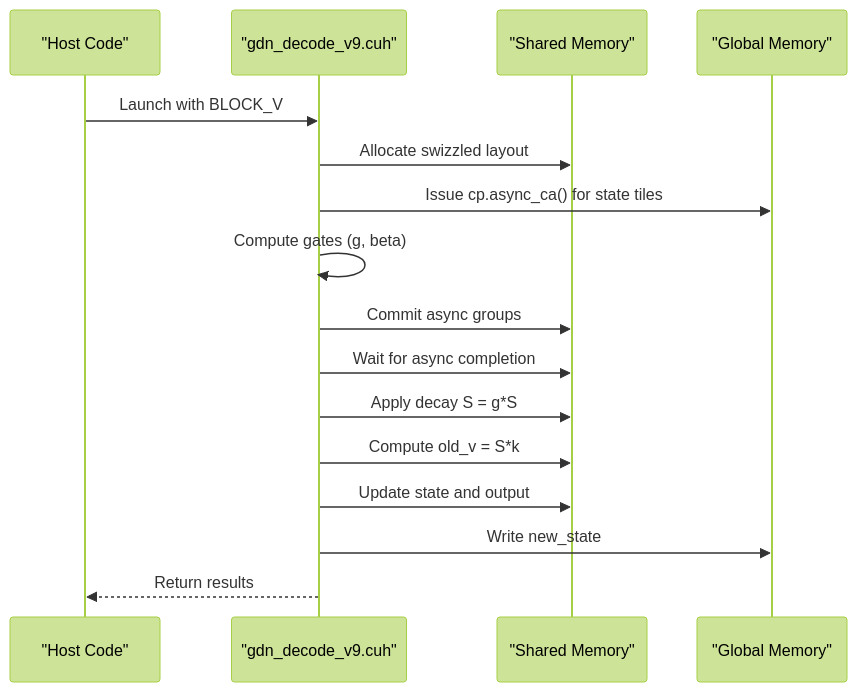
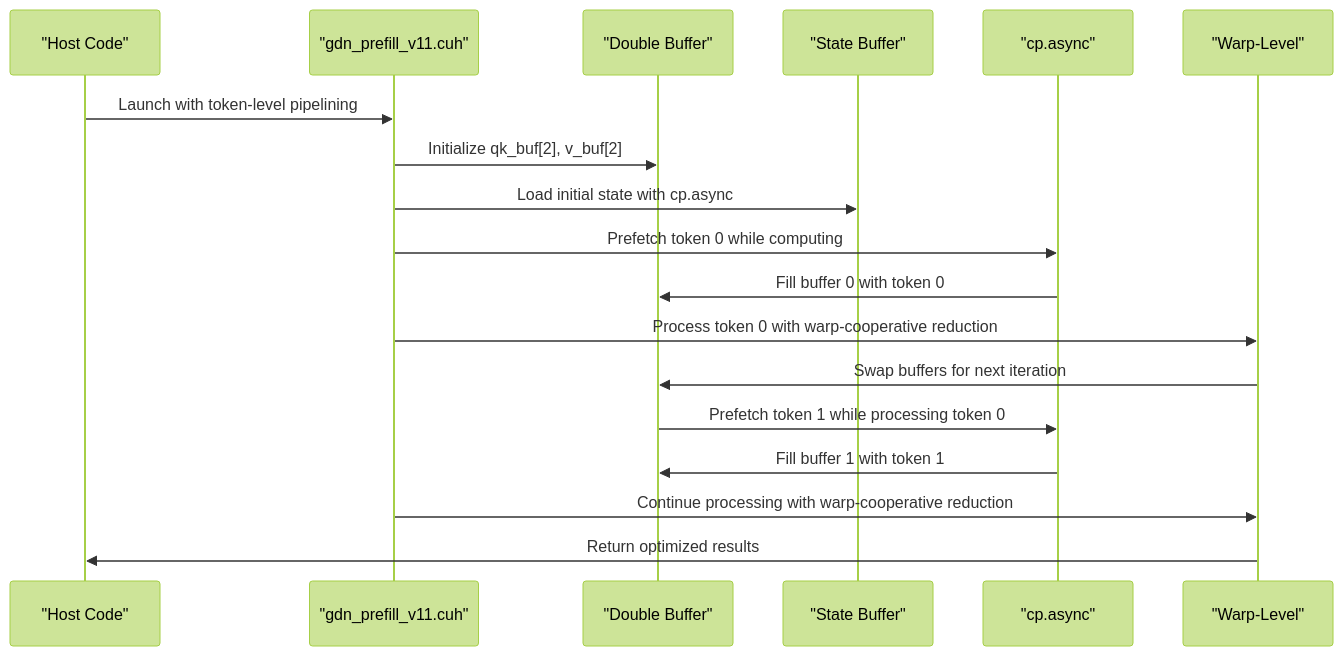
Before and after one commit to gugudeshubao/flashinfer-bench-tma-thrust: the third of 8 diagrams in .qoder/repowiki/en/content/Optimization Strategies/Optimization Tracking Log.md, drawn with Mermaid (forest theme). The commit also changed other lines of this file and 19 other files, not shown here.

````diff
--- a/.qoder/repowiki/en/content/Optimization Strategies/Optimization Tracking Log.md
+++ b/.qoder/repowiki/en/content/Optimization Strategies/Optimization Tracking Log.md
@@ -207,18 +207,20 @@
 ```mermaid
 sequenceDiagram
 participant Host as "Host Code"
-participant Kernel as "gdn_decode_v9.cuh"
-participant SMEM as "Shared Memory"
-participant HBM as "Global Memory"
-Host->>Kernel : Launch with BLOCK_V
-Kernel->>SMEM : Allocate swizzled layout
-Kernel->>HBM : Issue cp.async_ca() for state tiles
-Kernel->>Kernel : Compute gates (g, beta)
-Kernel->>SMEM : Commit async groups
-Kernel->>SMEM : Wait for async completion
-Kernel->>SMEM : Apply decay S = g*S
-Kernel->>SMEM : Compute old_v = S*k
-Kernel->>SMEM : Update state and output
-Kernel->>HBM : Write new_state
-Kernel-->>Host : Return results
+participant Kernel as "gdn_prefill_v11.cuh"
+participant DBuf as "Double Buffer"
+participant State as "State Buffer"
+participant Async as "cp.async"
+participant Warp as "Warp-Level"
+Host->>Kernel : Launch with token-level pipelining
+Kernel->>DBuf : Initialize qk_buf[2], v_buf[2]
+Kernel->>State : Load initial state with cp.async
+Kernel->>Async : Prefetch token 0 while computing
+Async->>DBuf : Fill buffer 0 with token 0
+Kernel->>Warp : Process token 0 with warp-cooperative reduction
+Warp->>DBuf : Swap buffers for next iteration
+DBuf->>Async : Prefetch token 1 while processing token 0
+Async->>DBuf : Fill buffer 1 with token 1
+Kernel->>Warp : Continue processing with warp-cooperative reduction
+Warp->>Host : Return optimized results
 ```
````
